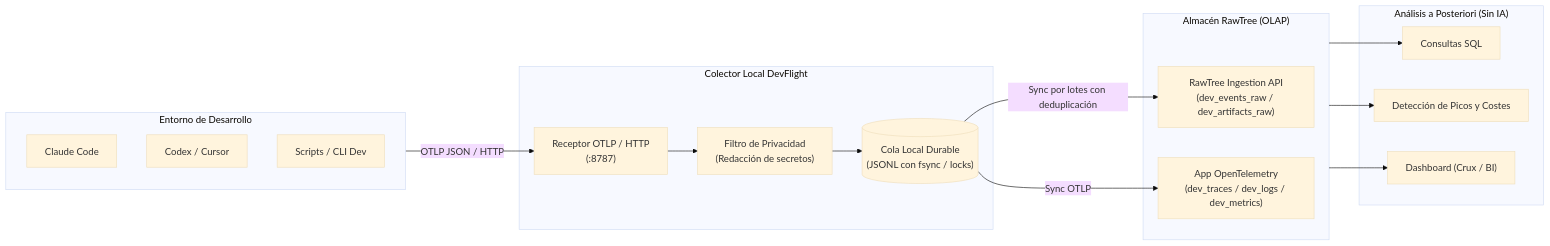
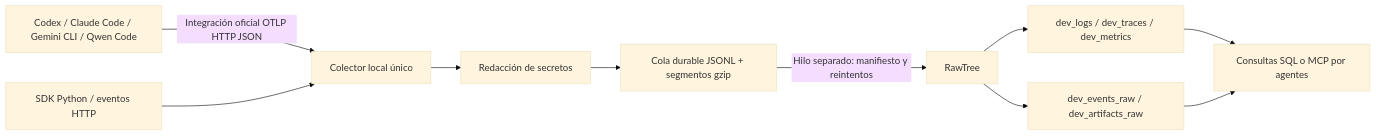
One commit to nestorwaffle/datathon-2026-side-quest changed the diagram in README.md. Above: the diagram before and after it, drawn with Mermaid (base theme). The commit also changed other lines of this file and 20 other files, not shown here.

Commit message:
Harden DevFlight telemetry recovery and deliver verified datathon pitch

````diff
--- a/README.md
+++ b/README.md
@@ -34,34 +9,12 @@
 ```mermaid
 flowchart LR
-    subgraph DevEnvironment["Entorno de Desarrollo"]
-        A1["Claude Code"] 
-        A2["Codex / Cursor"]
-        A3["Scripts / CLI Dev"]
-    end
-
-    subgraph DevFlight["Colector Local DevFlight"]
-        B["Receptor OTLP / HTTP<br/>(:8787)"]
-        C["Filtro de Privacidad<br/>(Redacción de secretos)"]
-        D[("Cola Local Durable<br/>(JSONL con fsync / locks)")]
-    end
-
-    subgraph CloudRawTree["Almacén RawTree (OLAP)"]
-        E["RawTree Ingestion API<br/>(dev_events_raw / dev_artifacts_raw)"]
-        F["App OpenTelemetry<br/>(dev_traces / dev_logs / dev_metrics)"]
-    end
-
-    subgraph ConsumoPosterior["Análisis a Posteriori (Sin IA)"]
-        G["Consultas SQL"]
-        H["Detección de Picos y Costes"]
-        I["Dashboard (Crux / BI)"]
-    end
-
-    DevEnvironment -->|OTLP JSON / HTTP| B
-    B --> C
-    C --> D
-    D -->|Sync por lotes con deduplicación| E
-    D -->|Sync OTLP| F
-    CloudRawTree --> G
-    CloudRawTree --> H
-    CloudRawTree --> I
+  A[Codex / Claude Code / Gemini CLI / Qwen Code] -->|Integración oficial OTLP HTTP JSON| B[Colector local único]
+  S[SDK Python / eventos HTTP] --> B
+  B --> R[Redacción de secretos]
+  R --> Q[Cola durable JSONL + segmentos gzip]
+  Q -->|Hilo separado: manifiesto y reintentos| T[RawTree]
+  T --> N[dev_logs / dev_traces / dev_metrics]
+  T --> E[dev_events_raw / dev_artifacts_raw]
+  N --> C[Consultas SQL o MCP por agentes]
+  E --> C
 ```
````
